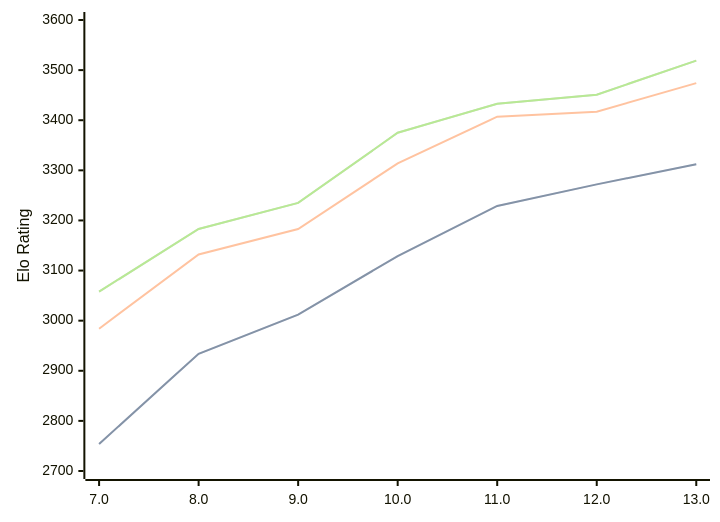
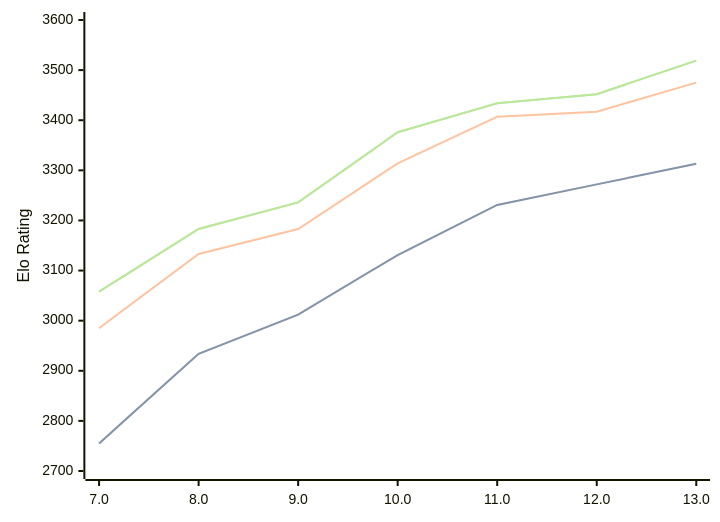
Before and after one commit to computer-chess-index/cci: the diagram in engines/Tcheran.md, drawn with Mermaid. The commit also changed other lines of this file, not shown here.

Commit message:
Update CCI Ratings (ELO VLTC) - 2026-07-31

````diff
--- a/engines/Tcheran.md
+++ b/engines/Tcheran.md
@@ -51,11 +51,11 @@
 ```mermaid
 %%{init: {"theme":"base","themeVariables":{"seriesColors:['#a3a3a3','#222221','#faa371']}}}%%
 xychart-beta
   x-axis ["7.0", "8.0", "9.0", "10.0", "11.0", "12.0", "13.0"]
   y-axis "Elo Rating" 2700 --> 3600
-  line "STC (8.0+0.08s)" [2754, 2934, 3012, 3129, 3229, 3272, 3312]
-  line "STC (8.0+0.08s)" [2754, 2934, 3012, 3129, 3229, 3272, 3312]
-  line "LTC (60.0+0.60s)" [2984, 3132, 3183, 3314, 3407, 3417, 3474]
-  line "VLTC (2m24s+1.12s)" [3058, 3183, 3235, 3375, 3433, 3451, 3519]
-  line "VLTC (2m24s+1.12s)" [3058, 3183, 3235, 3375, 3433, 3451, 3519]
+  line "STC (8.0+0.08s)" [2755, 2934, 3012, 3131, 3231, 3272, 3313]
+  line "STC (8.0+0.08s)" [2755, 2934, 3012, 3131, 3231, 3272, 3313]
+  line "LTC (60.0+0.60s)" [2985, 3133, 3183, 3314, 3407, 3417, 3475]
+  line "VLTC (2m24s+1.12s)" [3058, 3183, 3236, 3376, 3434, 3452, 3519]
+  line "VLTC (2m24s+1.12s)" [3058, 3183, 3236, 3376, 3434, 3452, 3519]
 ```
````
